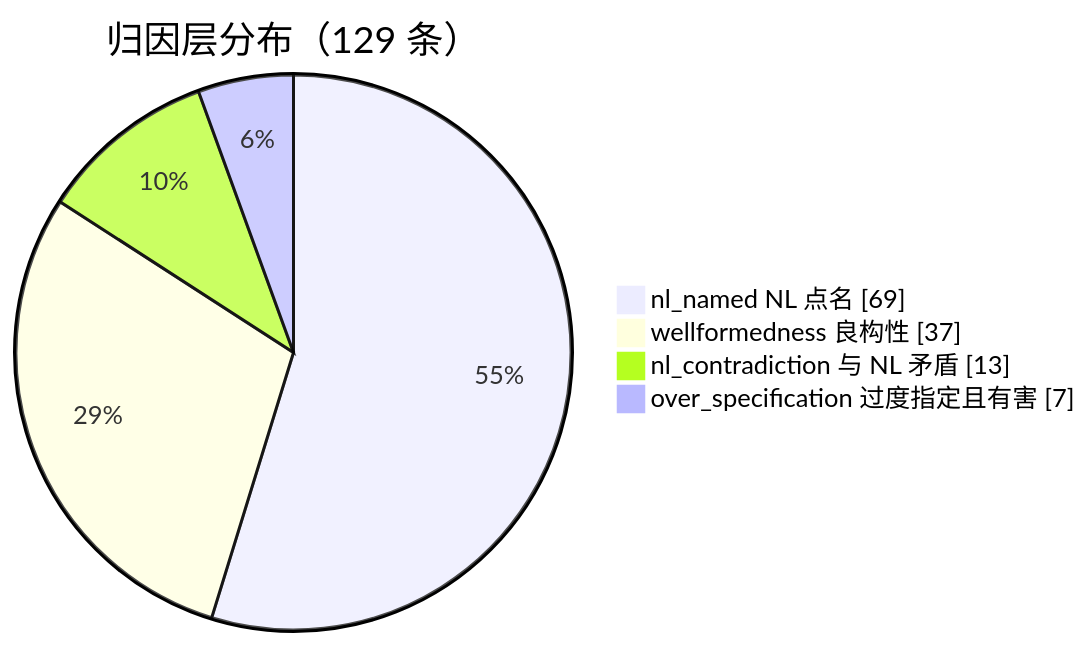
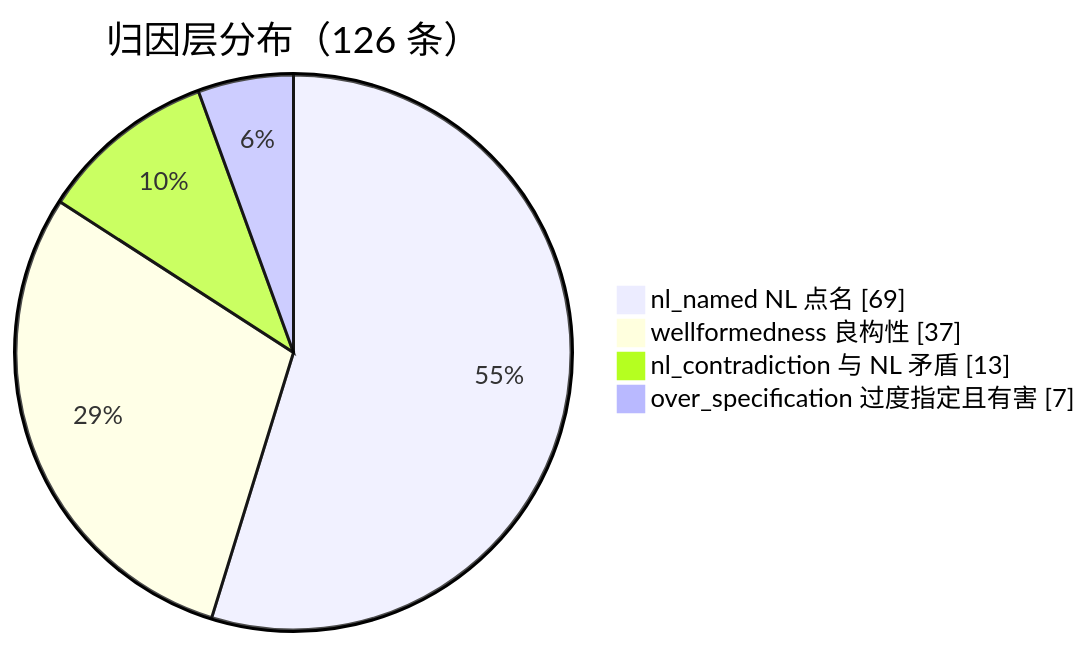
Before and after one commit to HansBug/research_ideas: the diagram in project_1_llm_state_machine_modeling/eval/discover_matrix/manual_review/eis_issue/headline.md, drawn with Mermaid. The commit also changed other lines of this file and 57 other files, not shown here.

````diff
--- a/project_1_llm_state_machine_modeling/eval/discover_matrix/manual_review/eis_issue/headline.md
+++ b/project_1_llm_state_machine_modeling/eval/discover_matrix/manual_review/eis_issue/headline.md
@@ -48,7 +48,7 @@
 ```mermaid
-pie showData title 归因层分布（129 条）
+pie showData title 归因层分布（126 条）
     "nl_named NL 点名" : 69
     "wellformedness 良构性" : 37
     "nl_contradiction 与 NL 矛盾" : 13
     "over_specification 过度指定且有害" : 7
 ```
````
